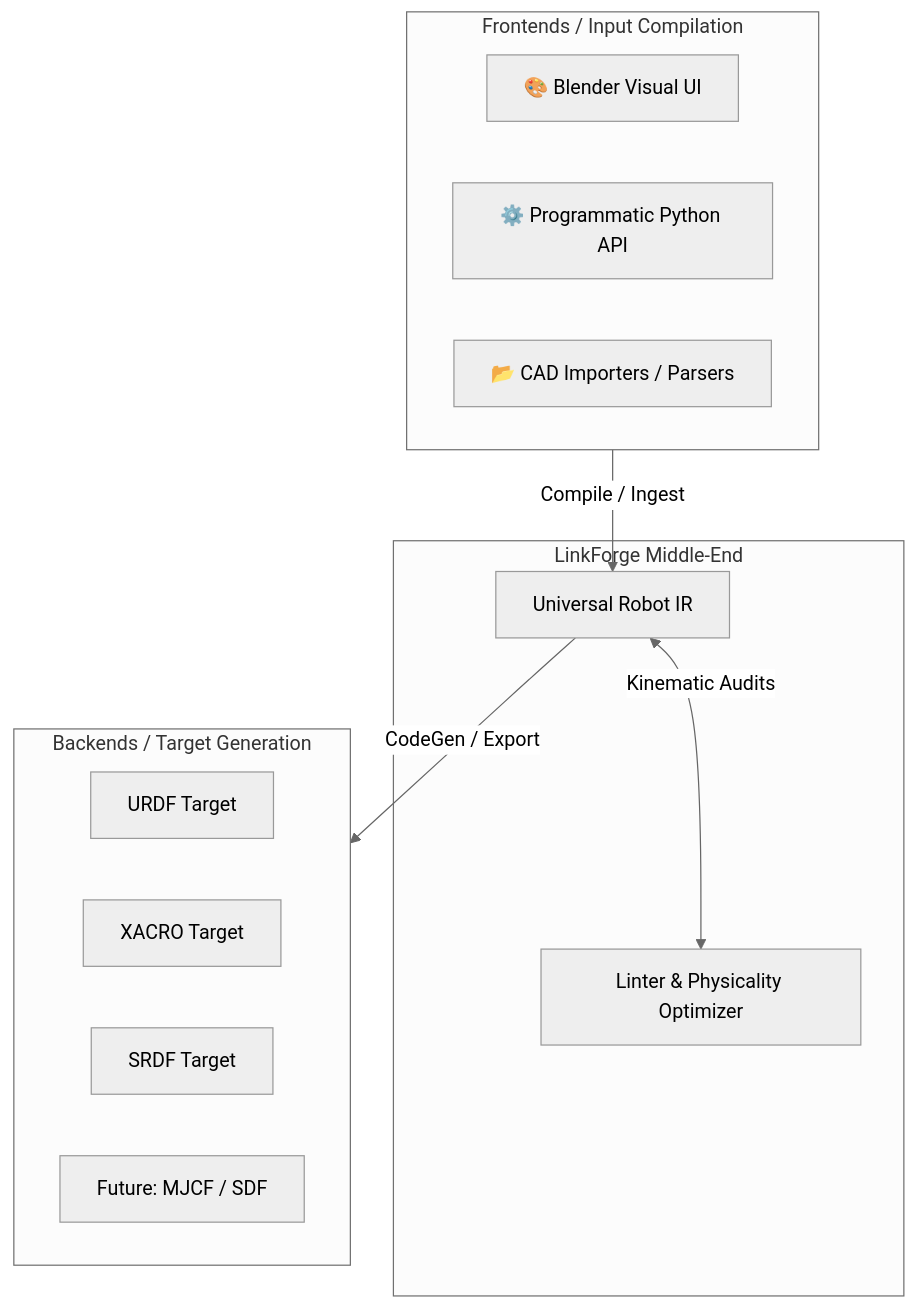
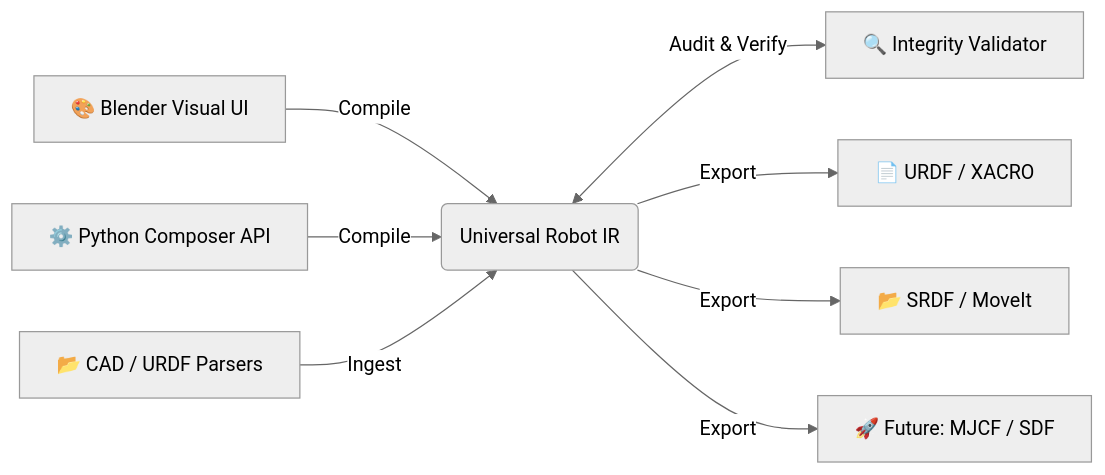
Before and after one commit to arounamounchili/linkforge: the diagram in docs/source/index.md, drawn with Mermaid (neutral theme).

Commit message:
docs: simplify architecture diagram to a compact, elegant horizontal flow

````diff
--- a/docs/source/index.md
+++ b/docs/source/index.md
@@ -9,28 +9,15 @@
 ```{mermaid}
-graph TD
+graph LR
     %% Frontends
-    subgraph Frontends [Frontends / Input Compilation]
-        A1[🎨 Blender Visual UI]
-        A2[⚙️ Programmatic Python API]
-        A3[📂 CAD Importers / Parsers]
-    end
+    UI[🎨 Blender Visual UI] -->|Compile| IR(Universal Robot IR)
+    API[⚙️ Python Composer API] -->|Compile| IR
+    CAD[📂 CAD / URDF Parsers] -->|Ingest| IR
 
-    %% Core IR
-    subgraph Core [LinkForge Middle-End]
-        B1[Universal Robot IR]
-        B2["Linter & Physicality Optimizer"]
-        B1 <-->|Kinematic Audits| B2
-    end
+    %% Core IR & Validation
+    IR <-->|Audit & Verify| Val[🔍 Integrity Validator]
 
     %% Backends
-    subgraph Backends [Backends / Target Generation]
-        C1[URDF Target]
-        C2[XACRO Target]
-        C3[SRDF Target]
-        C4[Future: MJCF / SDF]
-    end
-
-    %% Connections
-    Frontends -->|Compile / Ingest| B1
-    B1 -->|CodeGen / Export| Backends
+    IR -->|Export| URDF[📄 URDF / XACRO]
+    IR -->|Export| SRDF[📂 SRDF / MoveIt]
+    IR -->|Export| Future[🚀 Future: MJCF / SDF]
 ```
````
